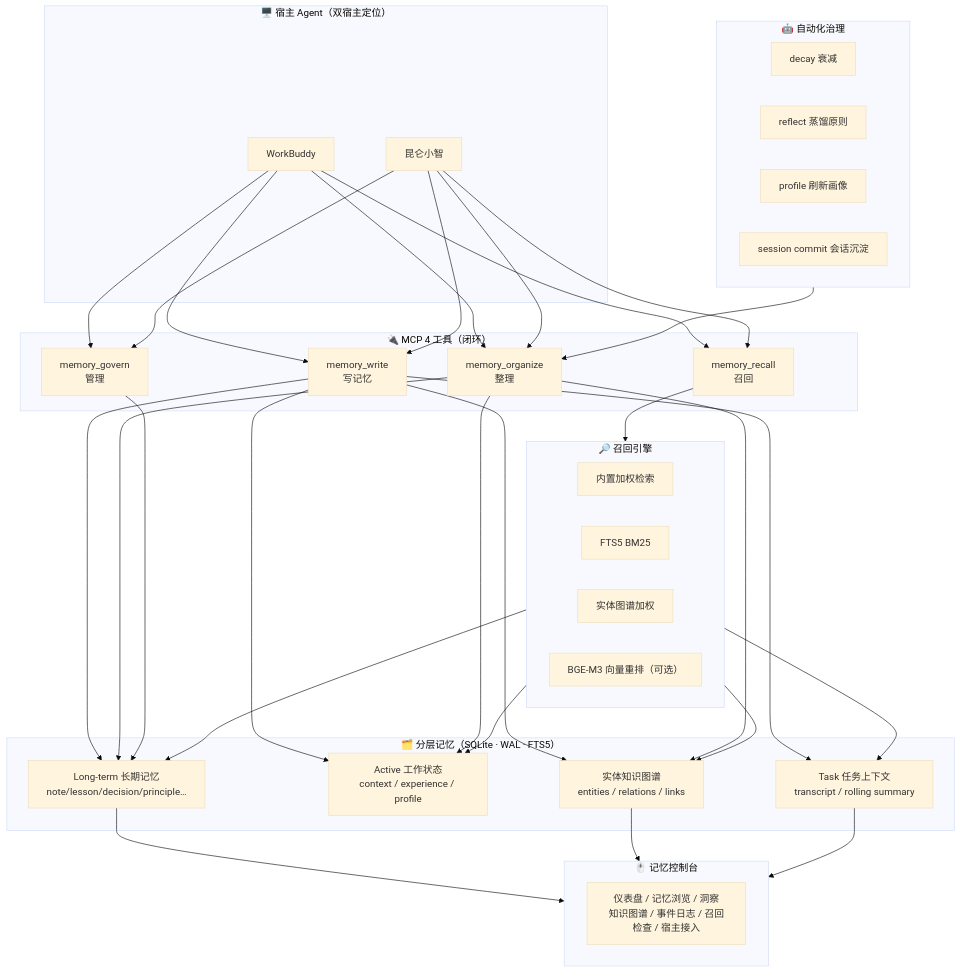
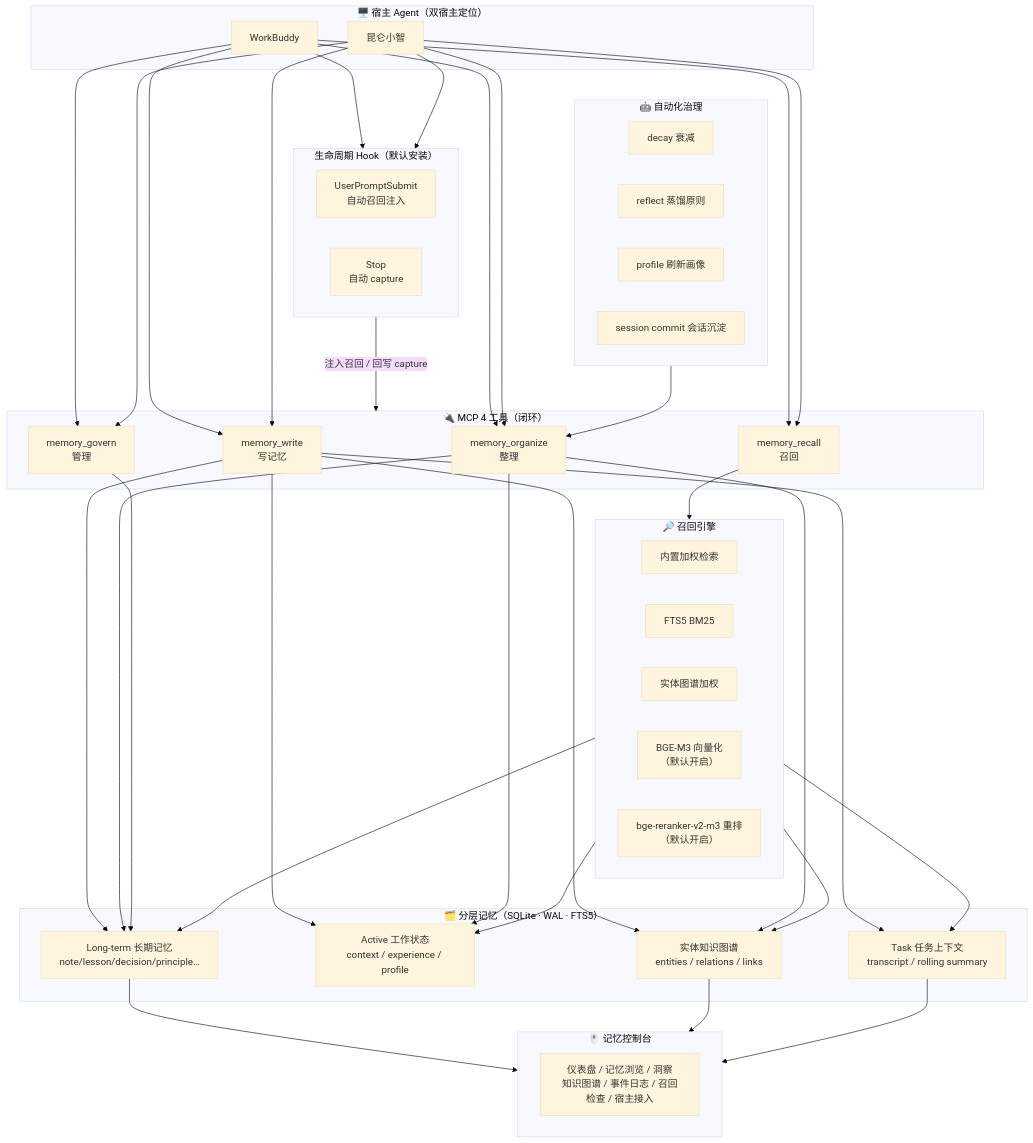
Before and after one commit to xdragonjia/leafmem: the diagram in README.md, drawn with Mermaid (base theme). The commit also changed other lines of this file and 5 other files, not shown here.

````diff
--- a/README.md
+++ b/README.md
@@ -33,50 +33,58 @@
 ```mermaid
 flowchart TB
     subgraph Hosts["🖥️ 宿主 Agent（双宿主定位）"]
         WB["WorkBuddy"]
         KXZ["昆仑小智"]
+    end
+
+    subgraph Hooks[" 生命周期 Hook（默认安装）"]
+        H1["UserPromptSubmit<br/>自动召回注入"]
+        H2["Stop<br/>自动 capture"]
     end
 
     subgraph MCP["🔌 MCP 4 工具（闭环）"]
         W["memory_write<br/>写记忆"]
         R["memory_recall<br/>召回"]
         O["memory_organize<br/>整理"]
         G["memory_govern<br/>管理"]
     end
 
     subgraph Layers["🗂️ 分层记忆（SQLite · WAL · FTS5）"]
         PALACE["Long-term 长期记忆<br/>note/lesson/decision/principle…"]
         ACTIVE["Active 工作状态<br/>context / experience / profile"]
         TASK["Task 任务上下文<br/>transcript / rolling summary"]
         GRAPH["实体知识图谱<br/>entities / relations / links"]
     end
 
     subgraph Retrieval["🔎 召回引擎"]
         BUILTIN["内置加权检索"]
         FTS["FTS5 BM25"]
         ENTITY["实体图谱加权"]
-        RERANK["BGE-M3 向量重排（可选）"]
+        EMB["BGE-M3 向量化<br/>（默认开启）"]
+        RRK["bge-reranker-v2-m3 重排<br/>（默认开启）"]
     end
 
     subgraph Ops["🤖 自动化治理"]
         DECAY["decay 衰减"]
         REFLECT["reflect 蒸馏原则"]
         PROFILE["profile 刷新画像"]
         COMMIT["session commit 会话沉淀"]
     end
 
     subgraph Console["🖱️ 记忆控制台"]
         UI["仪表盘 / 记忆浏览 / 洞察<br/>知识图谱 / 事件日志 / 召回检查 / 宿主接入"]
     end
 
+    WB & KXZ --> Hooks
+    Hooks -->|注入召回 / 回写 capture| MCP
     WB & KXZ --> W & R & O & G
     W --> PALACE & ACTIVE & TASK
     W --> GRAPH
     O --> PALACE & ACTIVE
     O --> GRAPH
     G --> PALACE
     R --> Retrieval
     Retrieval --> PALACE & ACTIVE & TASK & GRAPH
     Ops --> O
     PALACE & GRAPH & TASK --> Console
 ```
````
